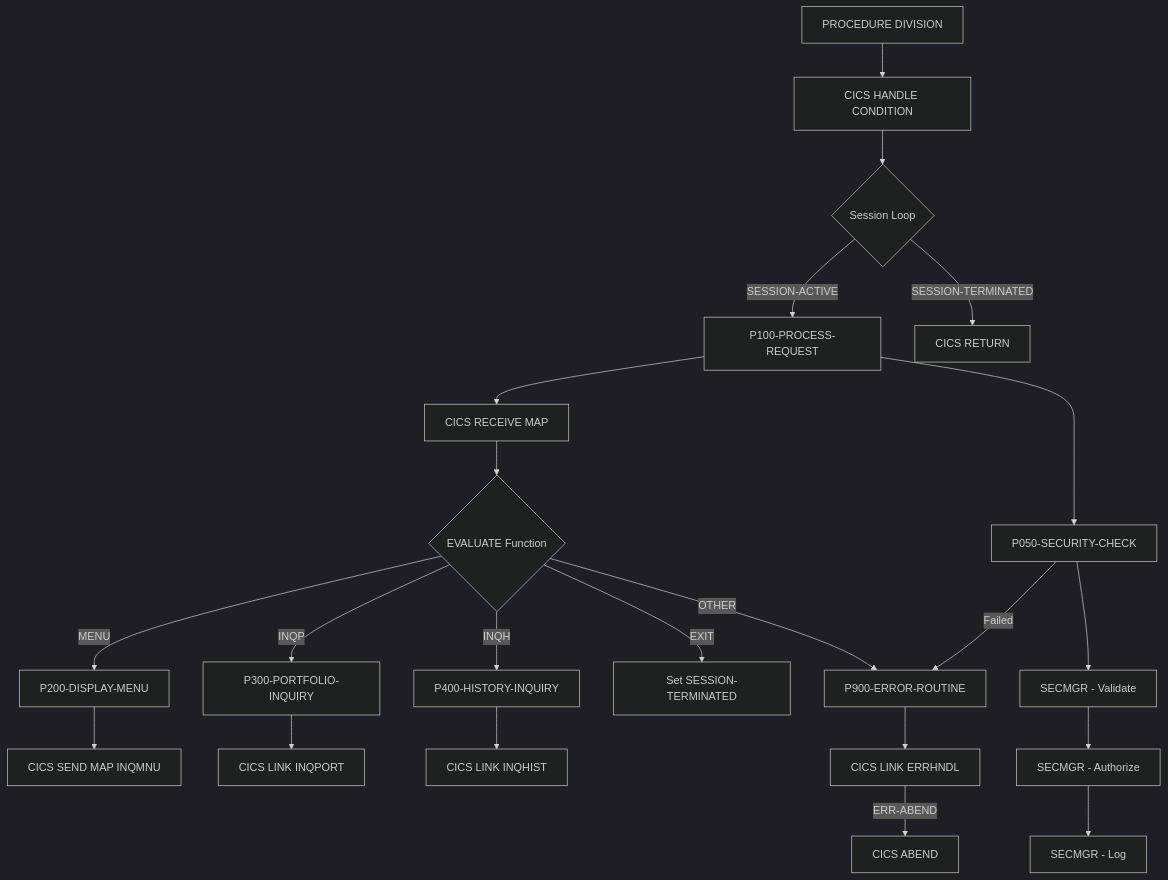
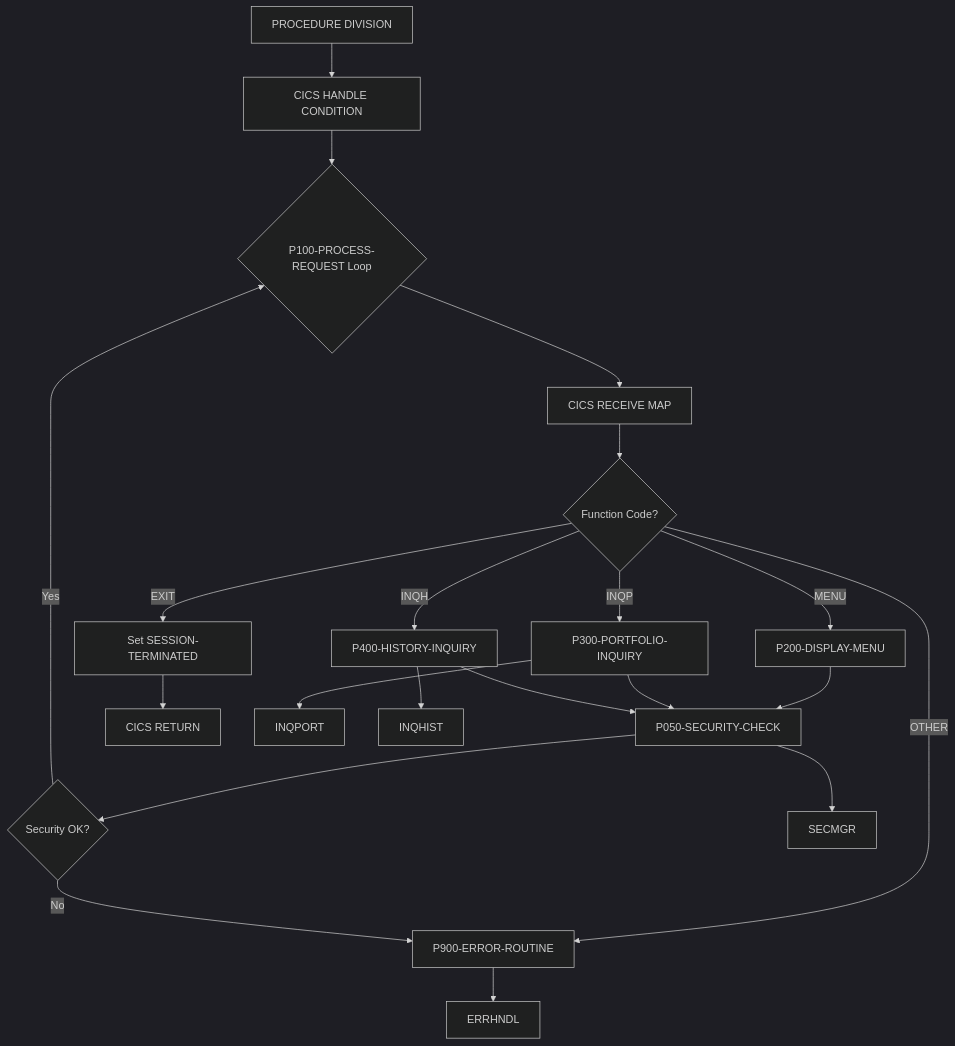
Before and after one commit to haladir-com/legacy-benchmark-docs-vb70e1: the diagram in docs/programs/INQONLN.mdx, drawn with Mermaid (dark theme). The commit also changed other lines of this file and 64 other files, not shown here.

````diff
--- a/docs/programs/INQONLN.mdx
+++ b/docs/programs/INQONLN.mdx
@@ -25,30 +22,30 @@
 ```mermaid
 graph TD
     A[PROCEDURE DIVISION] --> B[CICS HANDLE CONDITION]
-    B --> C{Session Loop}
-    C -->|SESSION-ACTIVE| D[P100-PROCESS-REQUEST]
-    C -->|SESSION-TERMINATED| E[CICS RETURN]
+    B --> C{P100-PROCESS-REQUEST Loop}
     
-    D --> F[CICS RECEIVE MAP]
-    F --> G{EVALUATE Function}
+    C --> D[CICS RECEIVE MAP]
+    D --> E{Function Code?}
     
-    G -->|MENU| H[P200-DISPLAY-MENU]
-    G -->|INQP| I[P300-PORTFOLIO-INQUIRY]
-    G -->|INQH| J[P400-HISTORY-INQUIRY]
-    G -->|EXIT| K[Set SESSION-TERMINATED]
-    G -->|OTHER| L[P900-ERROR-ROUTINE]
+    E -->|MENU| F[P200-DISPLAY-MENU]
+    E -->|INQP| G[P300-PORTFOLIO-INQUIRY]
+    E -->|INQH| H[P400-HISTORY-INQUIRY]
+    E -->|EXIT| I[Set SESSION-TERMINATED]
+    E -->|OTHER| J[P900-ERROR-ROUTINE]
     
-    D --> M[P050-SECURITY-CHECK]
-    M -->|Failed| L
+    F --> K[P050-SECURITY-CHECK]
+    G --> K
+    H --> K
     
-    H --> H1[CICS SEND MAP INQMNU]
-    I --> I1[CICS LINK INQPORT]
-    J --> J1[CICS LINK INQHIST]
+    K --> L{Security OK?}
+    L -->|Yes| C
+    L -->|No| J
     
-    L --> L1[CICS LINK ERRHNDL]
-    L1 -->|ERR-ABEND| L2[CICS ABEND]
+    J --> M[ERRHNDL]
     
-    M --> M1[SECMGR - Validate]
-    M1 --> M2[SECMGR - Authorize]
-    M2 --> M3[SECMGR - Log]
+    I --> N[CICS RETURN]
+    
+    G --> O[INQPORT]
+    H --> P[INQHIST]
+    K --> Q[SECMGR]
 ```
````
